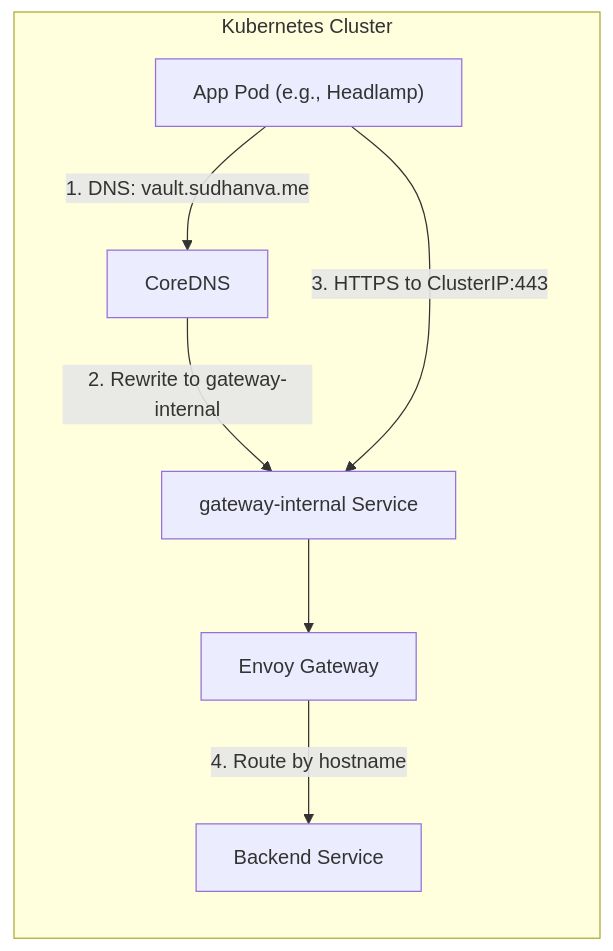
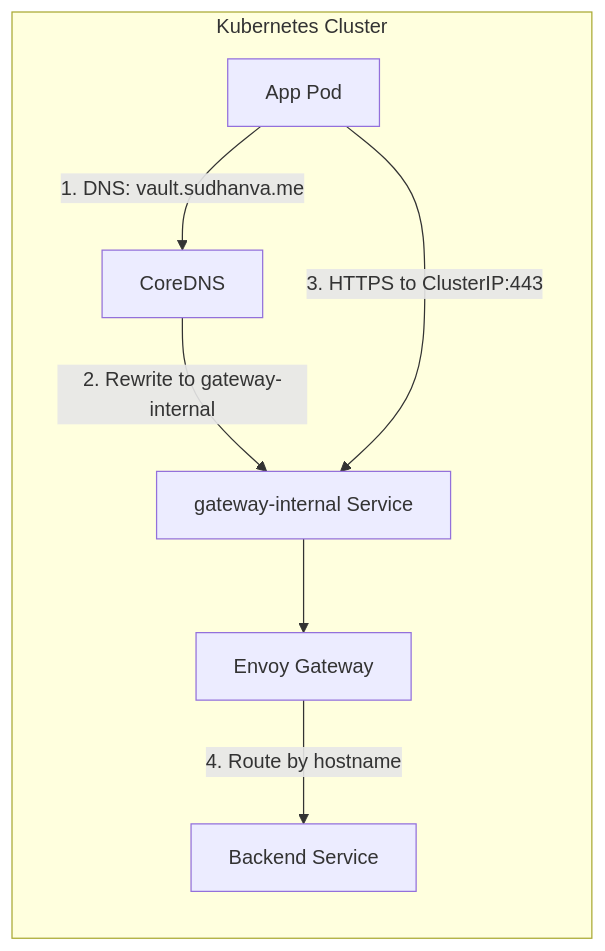
Before and after one commit to nsudhanva/homelab: the fourth of 4 diagrams in docs/src/content/docs/explanation/gateway-networking.md, drawn with Mermaid. The commit also changed other lines of this file and 46 other files, not shown here.

````diff
--- a/docs/src/content/docs/explanation/gateway-networking.md
+++ b/docs/src/content/docs/explanation/gateway-networking.md
@@ -173,16 +181,16 @@
 ```mermaid
 flowchart LR
     subgraph Cluster["Kubernetes Cluster"]
-        Pod["App Pod (e.g., Headlamp)"]
+        Pod["App Pod"]
         CoreDNS["CoreDNS"]
         GWInt["gateway-internal Service"]
         Envoy["Envoy Gateway"]
         Backend["Backend Service"]
     end
 
     Pod -->|"1. DNS: vault.sudhanva.me"| CoreDNS
     CoreDNS -->|"2. Rewrite to gateway-internal"| GWInt
     Pod -->|"3. HTTPS to ClusterIP:443"| GWInt
     GWInt --> Envoy
     Envoy -->|"4. Route by hostname"| Backend
 ```
````
